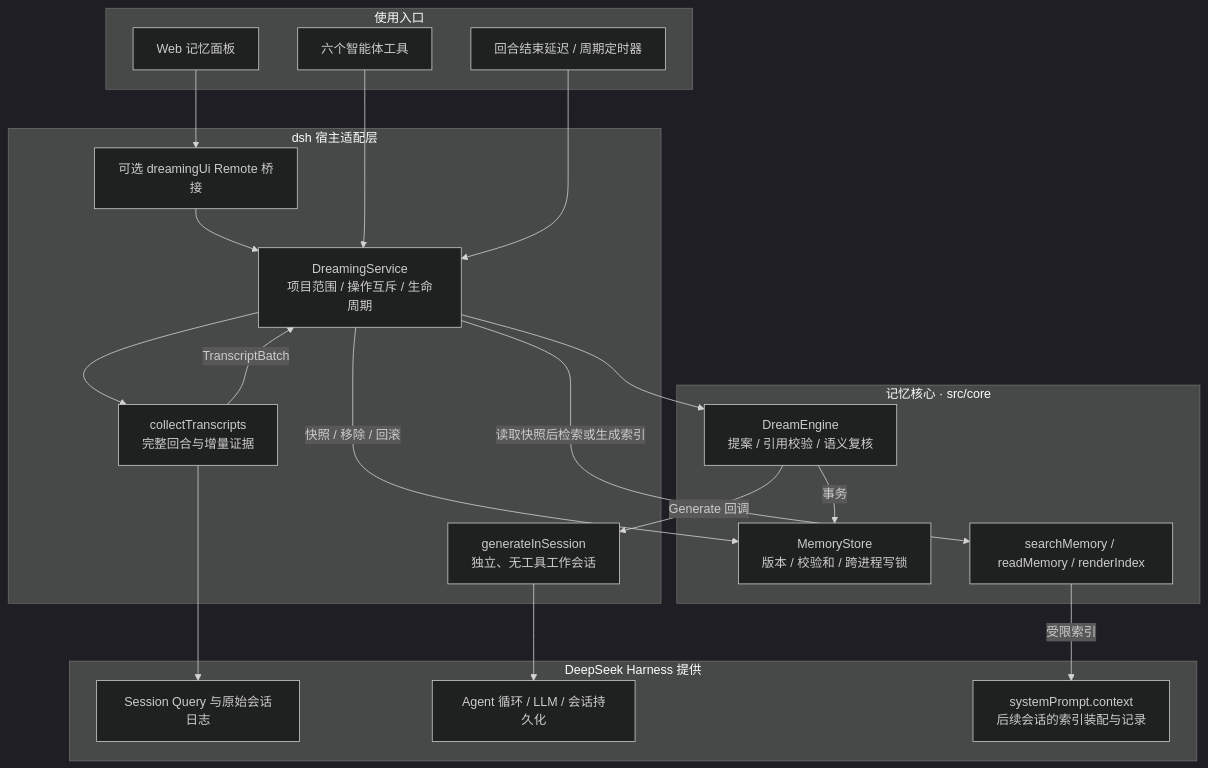
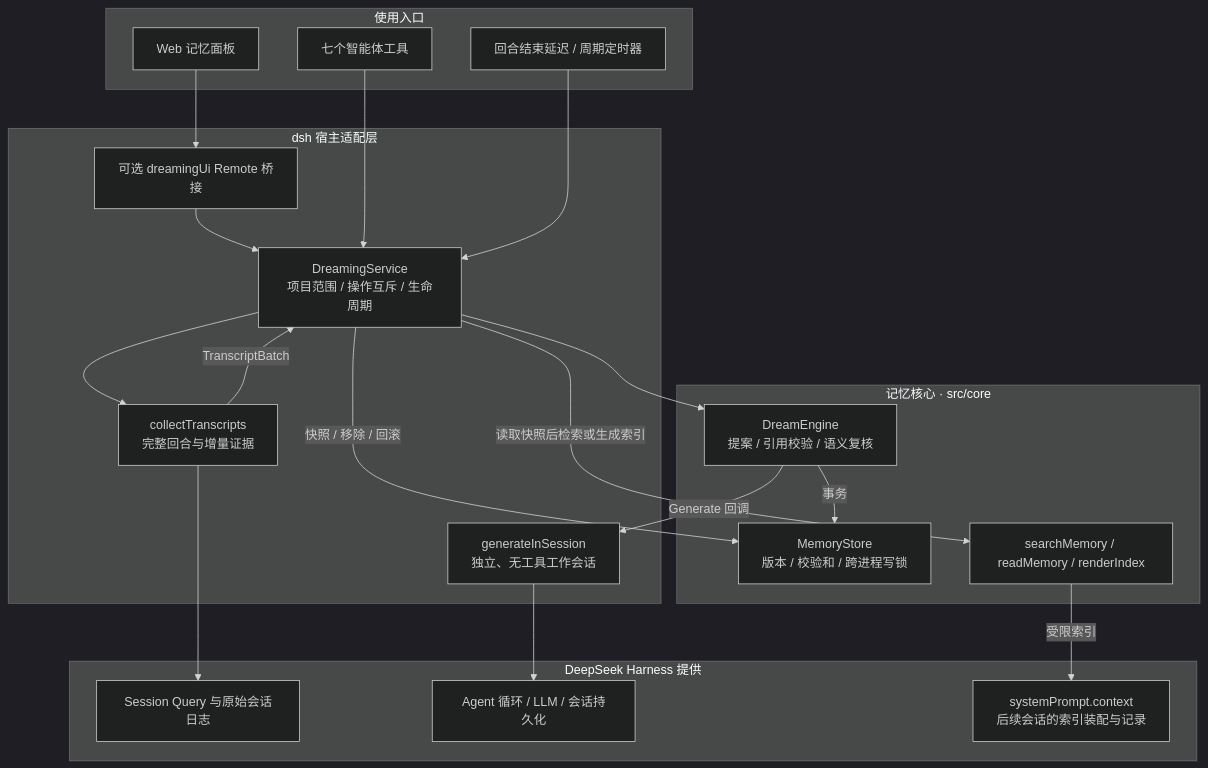
The first of 2 diagrams in README.md (TongDog/dsh-dream-trace), drawn with Mermaid (dark theme) before and after one commit. The commit also changed other lines of this file and 53 other files, not shown here.

````diff
--- a/README.md
+++ b/README.md
@@ -77,39 +77,39 @@
 ```mermaid
 flowchart TB
     subgraph Entry[使用入口]
         UI[Web 记忆面板]
-        Tools[六个智能体工具]
+        Tools[七个智能体工具]
         Auto[回合结束延迟 / 周期定时器]
     end
 
     subgraph Adapter[dsh 宿主适配层]
         Bridge[可选 dreamingUi Remote 桥接]
         Service[DreamingService<br/>项目范围 / 操作互斥 / 生命周期]
         Collector[collectTranscripts<br/>完整回合与增量证据]
         Worker[generateInSession<br/>独立、无工具工作会话]
     end
 
     subgraph Core[记忆核心 · src/core]
         Engine[DreamEngine<br/>提案 / 引用校验 / 语义复核]
         Store[MemoryStore<br/>版本 / 校验和 / 跨进程写锁]
         Recall[searchMemory / readMemory / renderIndex]
     end
 
     subgraph DSH[DeepSeek Harness 提供]
         Query[Session Query 与原始会话日志]
         Runtime[Agent 循环 / LLM / 会话持久化]
         Prompt[systemPrompt.context<br/>后续会话的索引装配与记录]
     end
 
     UI --> Bridge --> Service
     Tools --> Service
     Auto --> Service
     Service --> Collector --> Query
     Collector -->|TranscriptBatch| Service
     Service --> Engine
     Engine -->|Generate 回调| Worker --> Runtime
     Engine -->|事务| Store
     Service -->|快照 / 移除 / 回滚| Store
     Service -->|读取快照后检索或生成索引| Recall
     Recall -->|受限索引| Prompt
 ```
````
